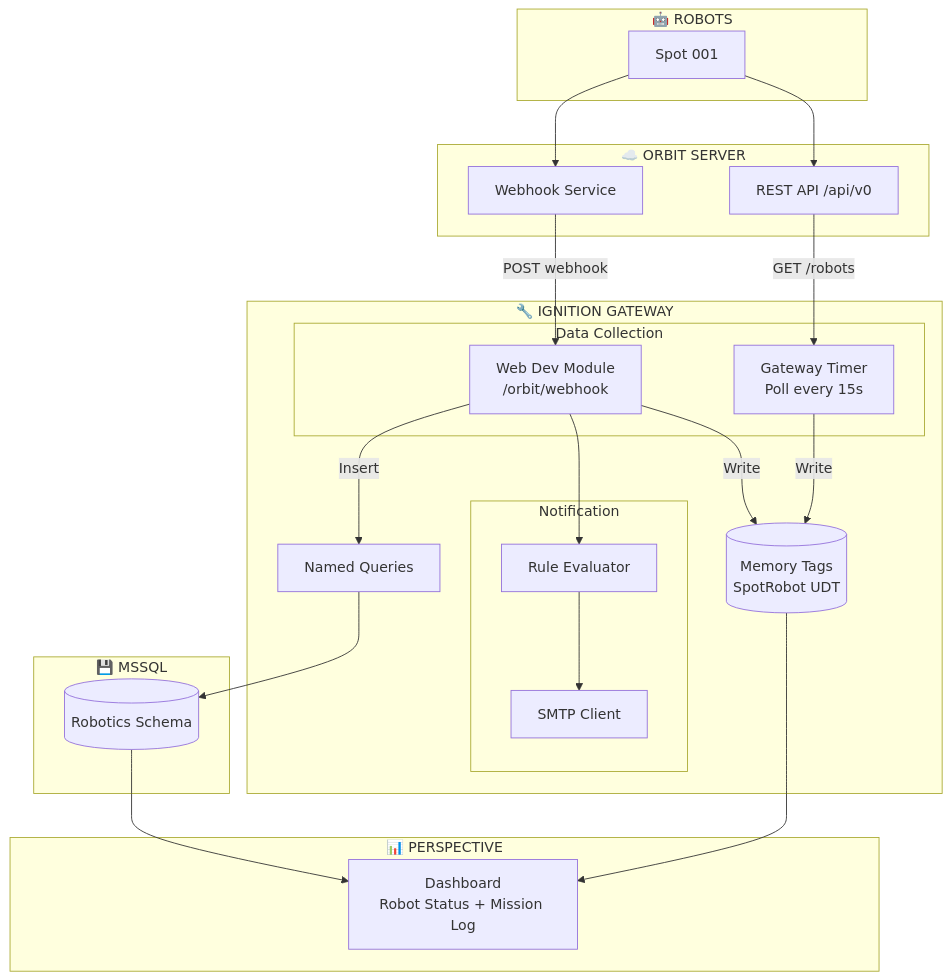
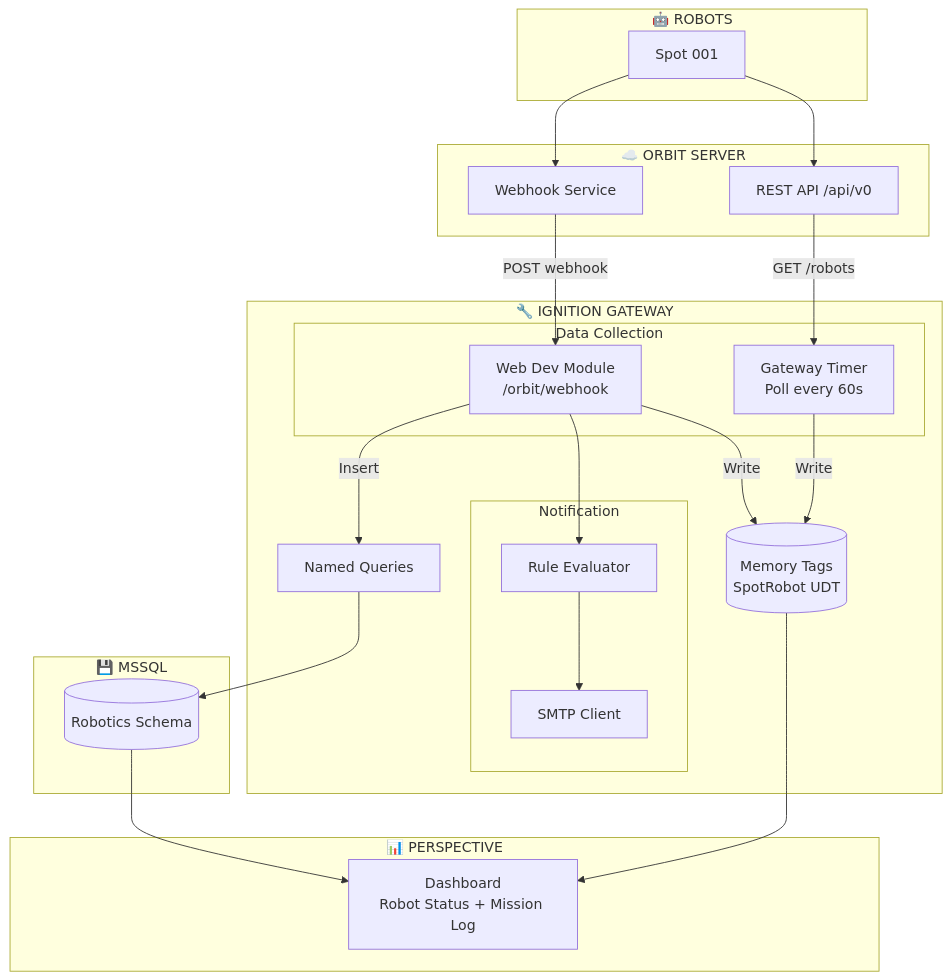
Before and after one commit to YieumYoon/file-transfer: the second of 4 diagrams in ignition-spot-simple-plan.md, drawn with Mermaid. The commit also changed other lines of this file, not shown here.

````diff
--- a/ignition-spot-simple-plan.md
+++ b/ignition-spot-simple-plan.md
@@ -111,46 +111,46 @@
 ```mermaid
 flowchart TB
     subgraph ROBOTS["🤖 ROBOTS"]
         SPOT1[Spot 001]
     end
 
     subgraph ORBIT["☁️ ORBIT SERVER"]
         ORBIT_API[REST API /api/v0]
         ORBIT_WH[Webhook Service]
     end
 
     subgraph IGNITION["🔧 IGNITION GATEWAY"]
         subgraph DATA_FLOW["Data Collection"]
-            POLL[Gateway Timer<br/>Poll every 15s]
+            POLL[Gateway Timer<br/>Poll every 60s]
             WEBDEV[Web Dev Module<br/>/orbit/webhook]
         end
         
         TAGS[(Memory Tags<br/>SpotRobot UDT)]
         NQ[Named Queries]
         
         subgraph NOTIFY["Notification"]
             RULES[Rule Evaluator]
             SMTP[SMTP Client]
         end
     end
 
     subgraph DATABASE["💾 MSSQL"]
         MSSQL[(Robotics Schema)]
     end
 
     subgraph UI["📊 PERSPECTIVE"]
         DASH[Dashboard<br/>Robot Status + Mission Log]
     end
 
     SPOT1 --> ORBIT_API & ORBIT_WH
     ORBIT_API -->|GET /robots| POLL
     ORBIT_WH -->|POST webhook| WEBDEV
     
     POLL -->|Write| TAGS
     WEBDEV -->|Write| TAGS
     WEBDEV -->|Insert| NQ --> MSSQL
     WEBDEV --> RULES --> SMTP
     
     TAGS --> DASH
     MSSQL --> DASH
 ```
````
